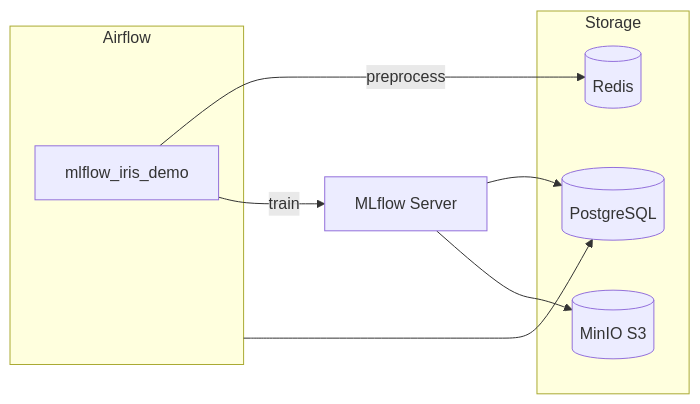
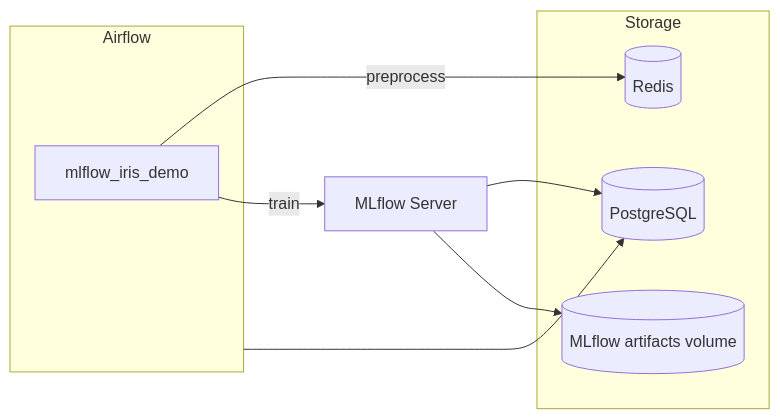
One commit to mishafoniakov/test_mlops_mlflow changed the diagram in README.md. Above: the diagram before and after it, drawn with Mermaid. The commit also changed other lines of this file and 4 other files, not shown here.

````diff
--- a/README.md
+++ b/README.md
@@ -9,20 +9,20 @@
 ```mermaid
 flowchart LR
     subgraph Airflow
         DAG[mlflow_iris_demo]
     end
 
     subgraph Storage
         PG[(PostgreSQL)]
         Redis[(Redis)]
-        MinIO[(MinIO S3)]
+        Artifacts[(MLflow artifacts volume)]
     end
 
     MLflow[MLflow Server]
 
     DAG -->|preprocess| Redis
     DAG -->|train| MLflow
     MLflow --> PG
-    MLflow --> MinIO
+    MLflow --> Artifacts
     Airflow --> PG
 ```
````
